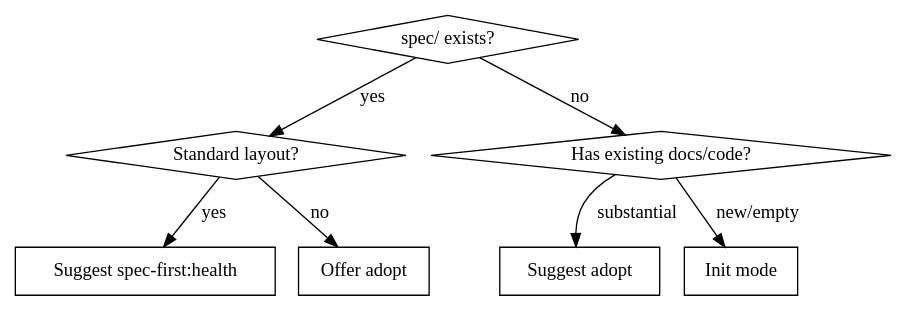
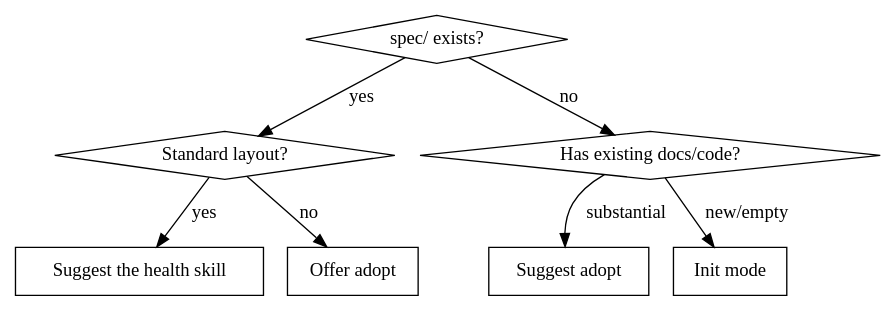
The diagram in skills/book-init/SKILL.md (joshuawilson/spec-first), drawn with Graphviz before and after one commit. The commit also changed other lines of this file and 5 other files, not shown here.

Commit message:
Support spec-first skills in Claude Code and Pi

````diff
--- a/skills/book-init/SKILL.md
+++ b/skills/book-init/SKILL.md
@@ -34,18 +34,18 @@
 ```dot
 digraph mode {
     "spec/ exists?" [shape=diamond];
     "Standard layout?" [shape=diamond];
     "Has existing docs/code?" [shape=diamond];
-    "Suggest spec-first:health" [shape=box];
+    "Suggest the health skill" [shape=box];
     "Offer adopt" [shape=box];
     "Suggest adopt" [shape=box];
     "Init mode" [shape=box];
 
     "spec/ exists?" -> "Standard layout?" [label="yes"];
     "spec/ exists?" -> "Has existing docs/code?" [label="no"];
-    "Standard layout?" -> "Suggest spec-first:health" [label="yes"];
+    "Standard layout?" -> "Suggest the health skill" [label="yes"];
     "Standard layout?" -> "Offer adopt" [label="no"];
     "Has existing docs/code?" -> "Suggest adopt" [label="substantial"];
     "Has existing docs/code?" -> "Init mode" [label="new/empty"];
 }
 ```
````
